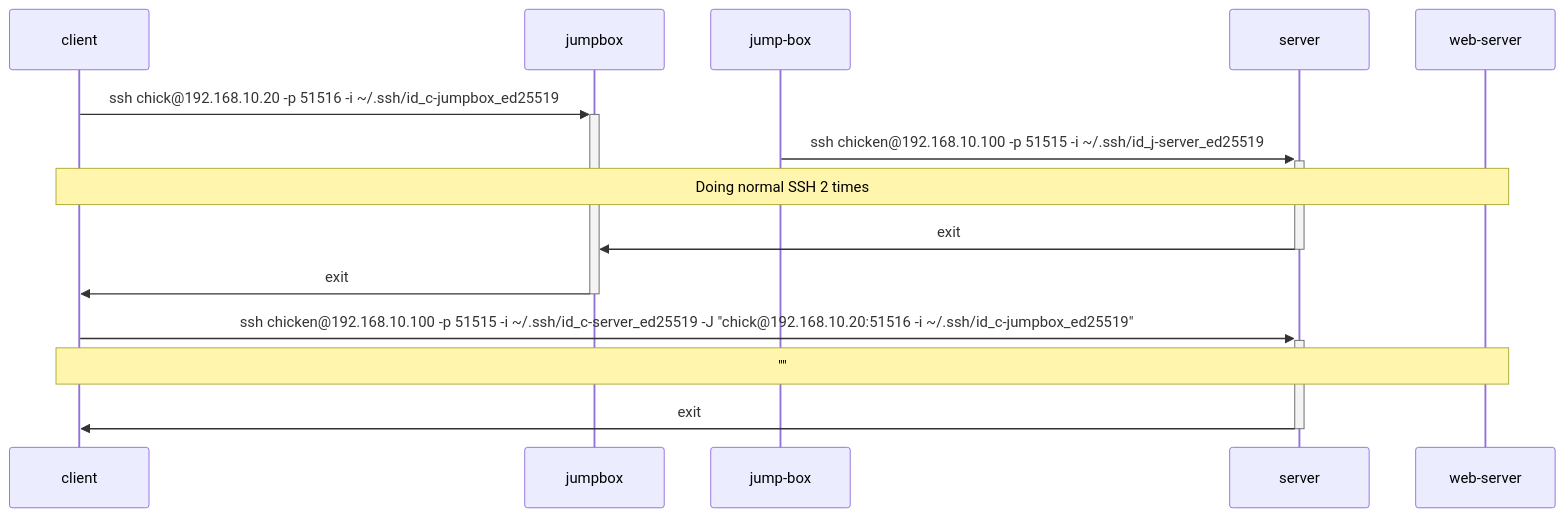
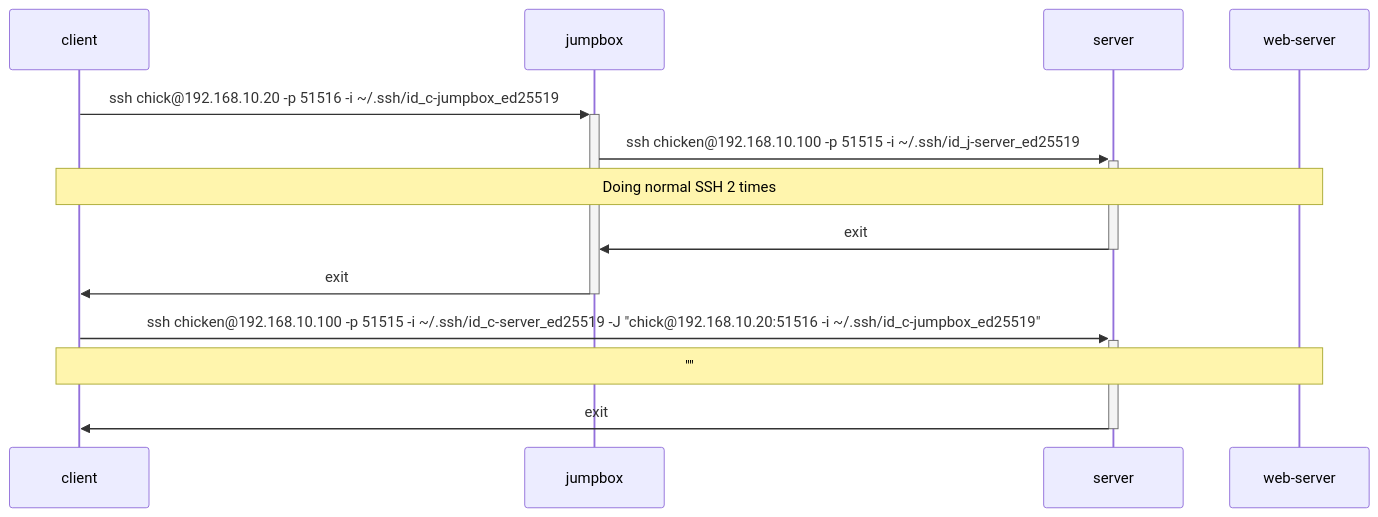
The diagram in proxy-jump.md (qwasium/ssh-memo), drawn with Mermaid before and after one commit.

````diff
--- a/proxy-jump.md
+++ b/proxy-jump.md
@@ -35,12 +35,12 @@
 ```mermaid
 sequenceDiagram
   client ->> +jumpbox: ssh chick@192.168.10.20 -p 51516 -i ~/.ssh/id_c-jumpbox_ed25519
-  jump-box ->> +server: ssh chicken@192.168.10.100 -p 51515 -i ~/.ssh/id_j-server_ed25519
+  jumpbox ->> +server: ssh chicken@192.168.10.100 -p 51515 -i ~/.ssh/id_j-server_ed25519
   Note over client,web-server: Doing normal SSH 2 times
   server ->> -jumpbox: exit
   jumpbox ->> -client: exit
 
   client ->> +server: ssh chicken@192.168.10.100 -p 51515 -i ~/.ssh/id_c-server_ed25519 -J "chick@192.168.10.20:51516 -i ~/.ssh/id_c-jumpbox_ed25519"
   Note over client,web-server: ""
   server ->> -client: exit
 ```
````
